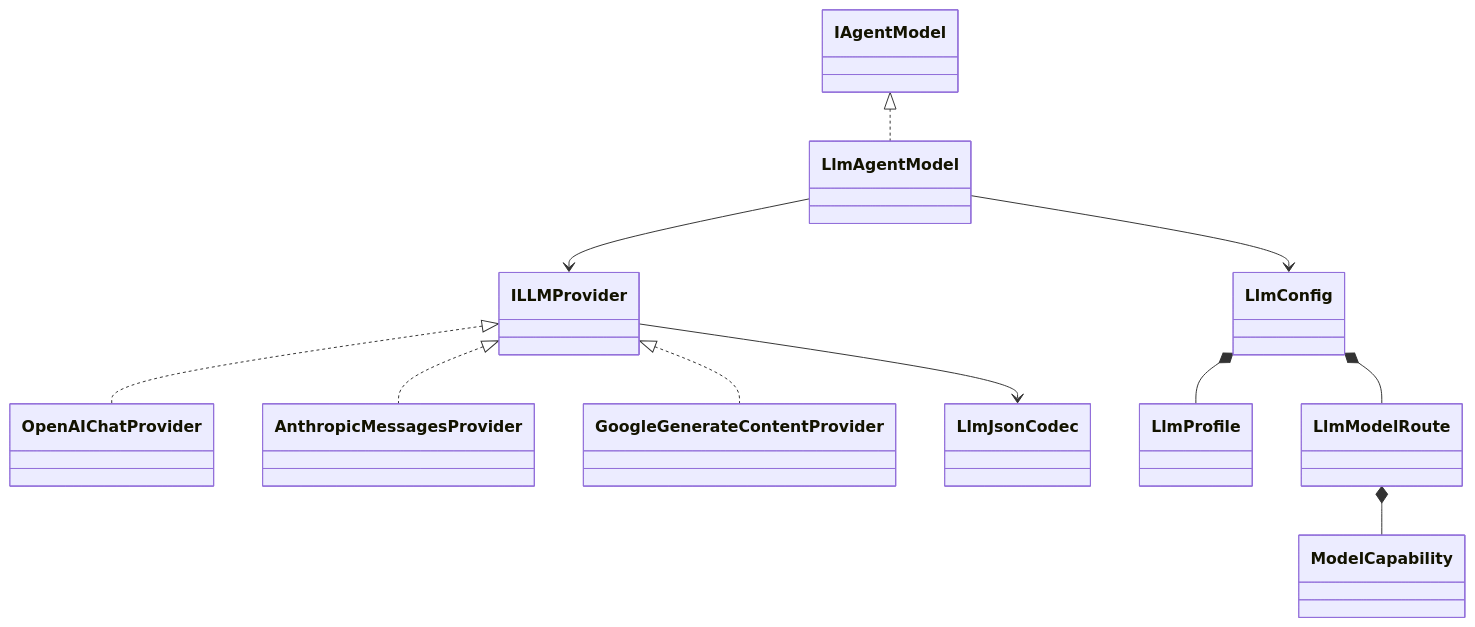
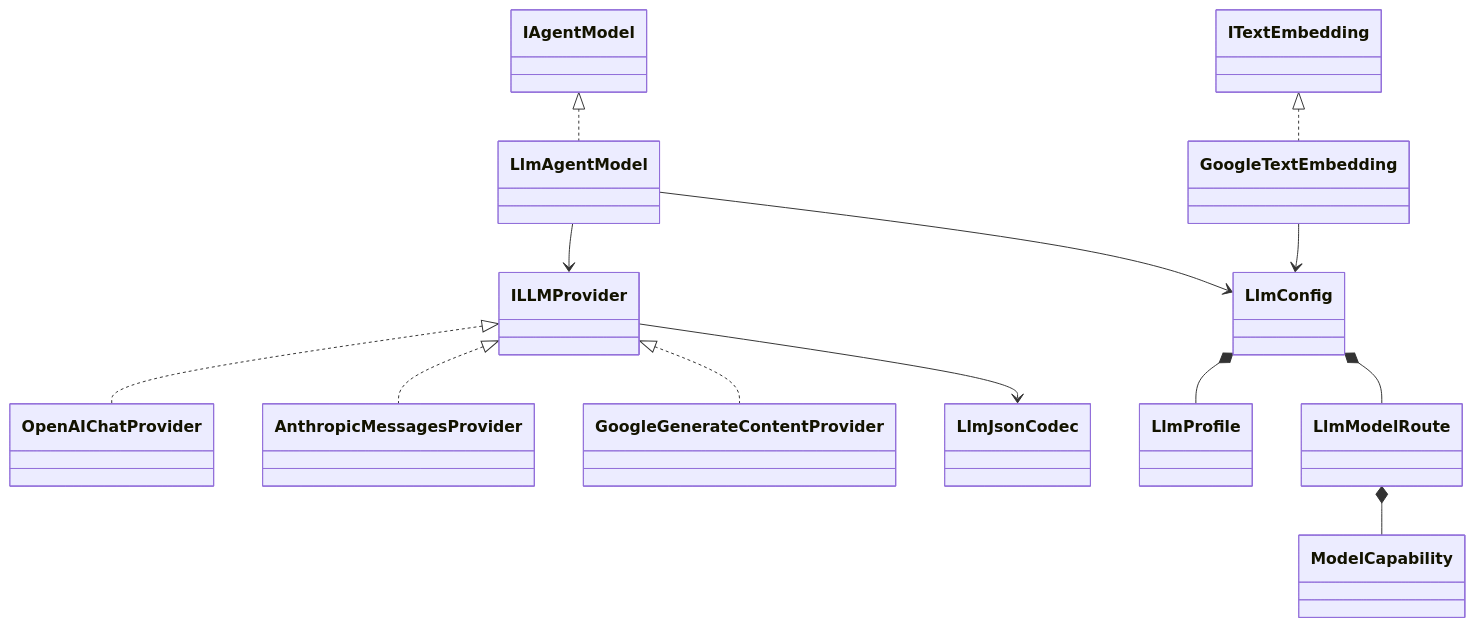
Before and after one commit to E5presso/spakky-framework: the second of 2 diagrams in plugins/spakky-llm/README.md, drawn with Mermaid. The commit also changed other lines of this file and 27 other files, not shown here.

````diff
--- a/plugins/spakky-llm/README.md
+++ b/plugins/spakky-llm/README.md
@@ -51,13 +51,15 @@
 ```mermaid
 classDiagram
     IAgentModel <|.. LlmAgentModel
     LlmAgentModel --> LlmConfig
     LlmAgentModel --> ILLMProvider
     ILLMProvider <|.. OpenAIChatProvider
     ILLMProvider <|.. AnthropicMessagesProvider
     ILLMProvider <|.. GoogleGenerateContentProvider
+    ITextEmbedding <|.. GoogleTextEmbedding
     ILLMProvider --> LlmJsonCodec
+    GoogleTextEmbedding --> LlmConfig
     LlmConfig *-- LlmProfile
     LlmConfig *-- LlmModelRoute
     LlmModelRoute *-- ModelCapability
 ```
````
